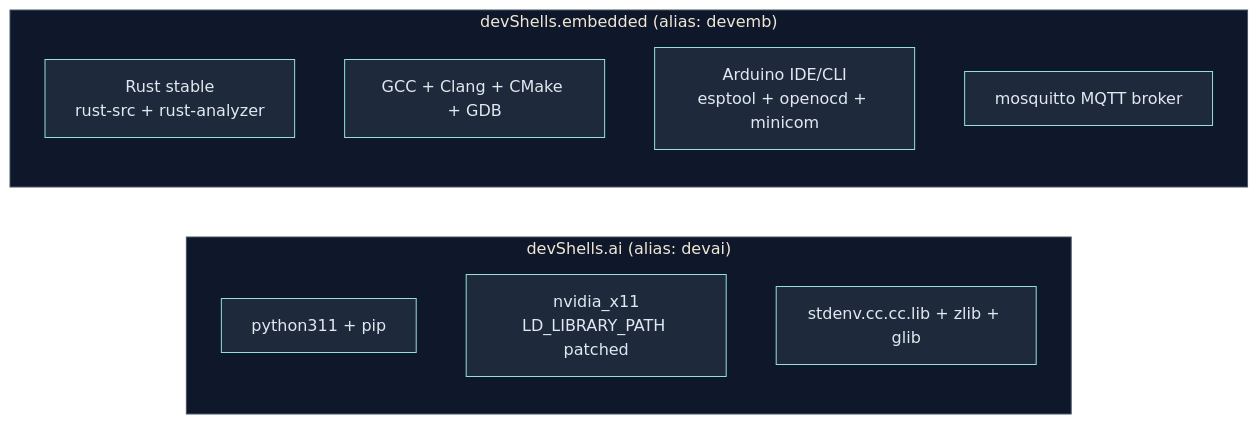
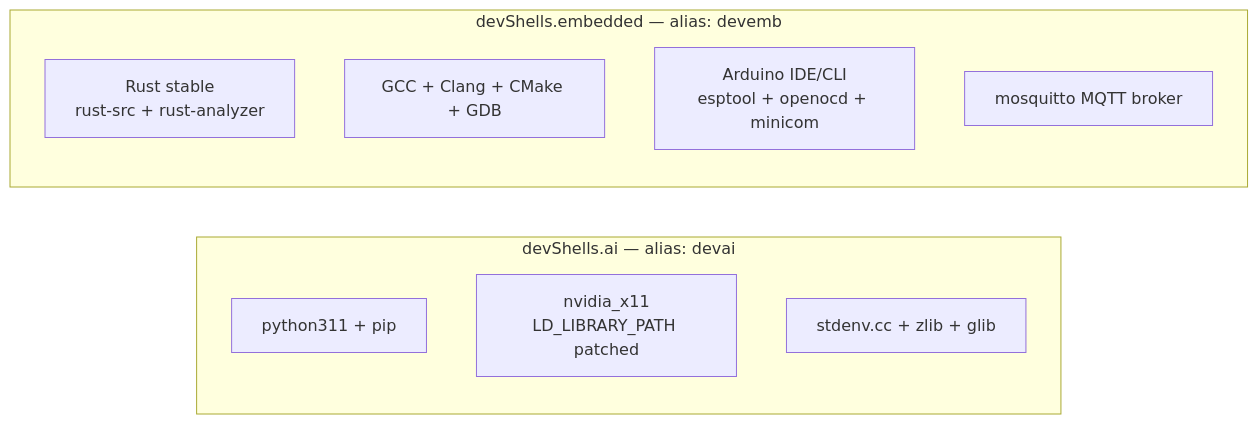
Before and after one commit to RomeoCavazza/nixos-config: the eighth of 8 diagrams in docs/README.md, drawn with Mermaid. The commit also changed other lines of this file, not shown here.

Commit message:
docs: fix Mermaid parse errors, clean stray PNGs, use default GitHub colors

````diff
--- a/docs/README.md
+++ b/docs/README.md
@@ -382,16 +375,15 @@
 ```mermaid
-%%{init: {'theme': 'base', 'themeVariables': { 'primaryColor': '#1e293b', 'secondaryColor': '#0f172a', 'tertiaryColor': '#0f172a', 'primaryBorderColor': '#94e2d5', 'lineColor': '#94e2d5', 'primaryTextColor': '#e2e8f0', 'clusterBkg': '#0f172a', 'clusterBorder': '#475569' }}}%%
 flowchart LR
-  subgraph ai["devShells.ai  (alias: devai)"]
+  subgraph ai["devShells.ai  — alias: devai"]
     py[python311 + pip]
-    gpu["nvidia_x11\nLD_LIBRARY_PATH patched"]
-    libs[stdenv.cc.cc.lib + zlib + glib]
+    gpu[nvidia_x11\nLD_LIBRARY_PATH patched]
+    libs[stdenv.cc + zlib + glib]
   end
 
-  subgraph emb["devShells.embedded  (alias: devemb)"]
-    rust["Rust stable\nrust-src + rust-analyzer"]
+  subgraph emb["devShells.embedded  — alias: devemb"]
+    rust[Rust stable\nrust-src + rust-analyzer]
     cc[GCC + Clang + CMake + GDB]
-    mcu["Arduino IDE/CLI\nesptool + openocd + minicom"]
+    mcu[Arduino IDE/CLI\nesptool + openocd + minicom]
     mqtt[mosquitto MQTT broker]
   end
 ```
````
